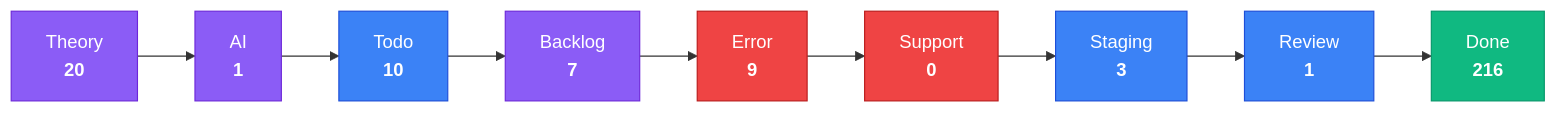
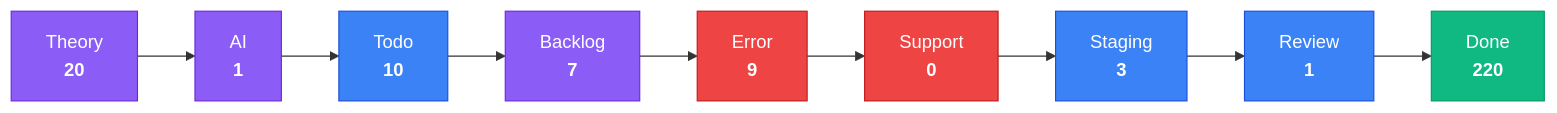
Before and after one commit to KBVE/kbve: the third of 4 diagrams in apps/kbve/astro-kbve/src/content/docs/dashboard/kanban-data.mdx, drawn with Mermaid. The commit also changed other lines of this file and 8 other files, not shown here.

````diff
--- a/apps/kbve/astro-kbve/src/content/docs/dashboard/kanban-data.mdx
+++ b/apps/kbve/astro-kbve/src/content/docs/dashboard/kanban-data.mdx
@@ -80,28 +80,28 @@
 ```mermaid
 flowchart LR
     classDef planning fill:#8b5cf6,stroke:#6d28d9,color:#fff
     classDef active fill:#3b82f6,stroke:#1d4ed8,color:#fff
     classDef blocked fill:#ef4444,stroke:#b91c1c,color:#fff
     classDef done fill:#10b981,stroke:#059669,color:#fff
     Theory["Theory<br/><strong>20</strong>"]
     Theory --> AI
     AI["AI<br/><strong>1</strong>"]
     AI --> Todo
     Todo["Todo<br/><strong>10</strong>"]
     Todo --> Backlog
     Backlog["Backlog<br/><strong>7</strong>"]
     Backlog --> Error
     Error["Error<br/><strong>9</strong>"]
     Error --> Support
     Support["Support<br/><strong>0</strong>"]
     Support --> Staging
     Staging["Staging<br/><strong>3</strong>"]
     Staging --> Review
     Review["Review<br/><strong>1</strong>"]
     Review --> Done
-    Done["Done<br/><strong>216</strong>"]
+    Done["Done<br/><strong>220</strong>"]
     class Theory,AI,Backlog planning
     class Todo,Staging,Review active
     class Error,Support blocked
     class Done done
 ```
````
